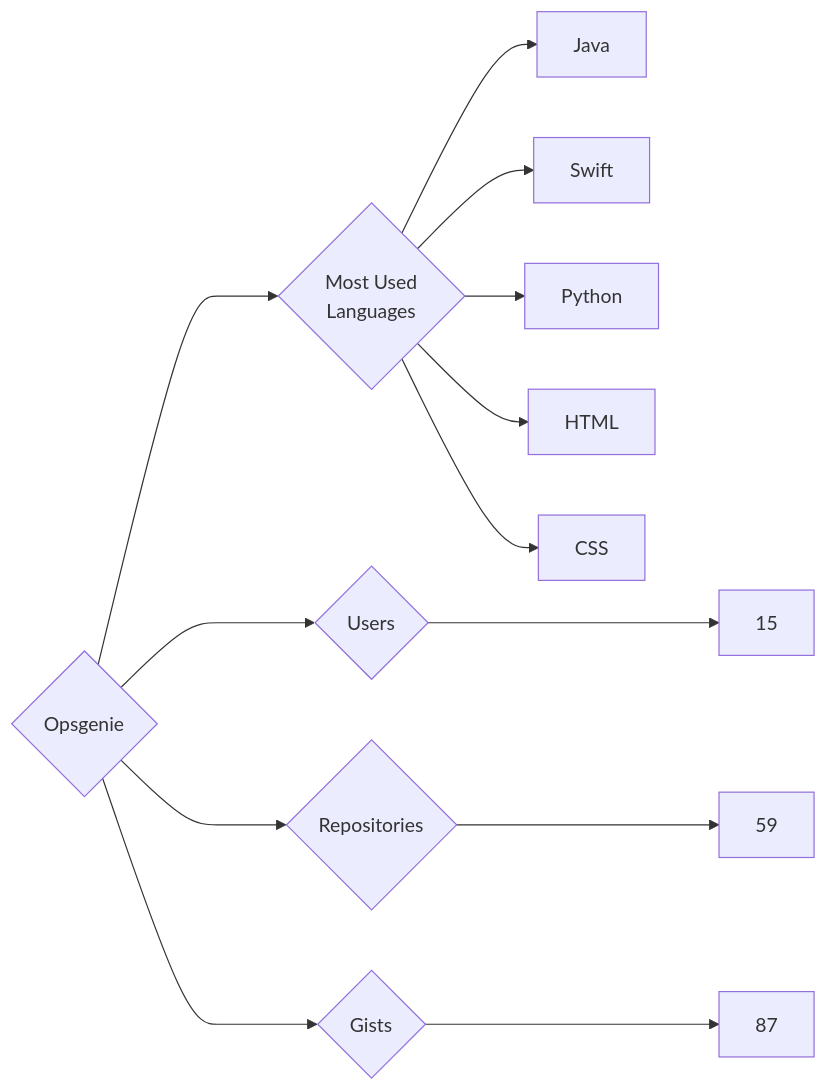
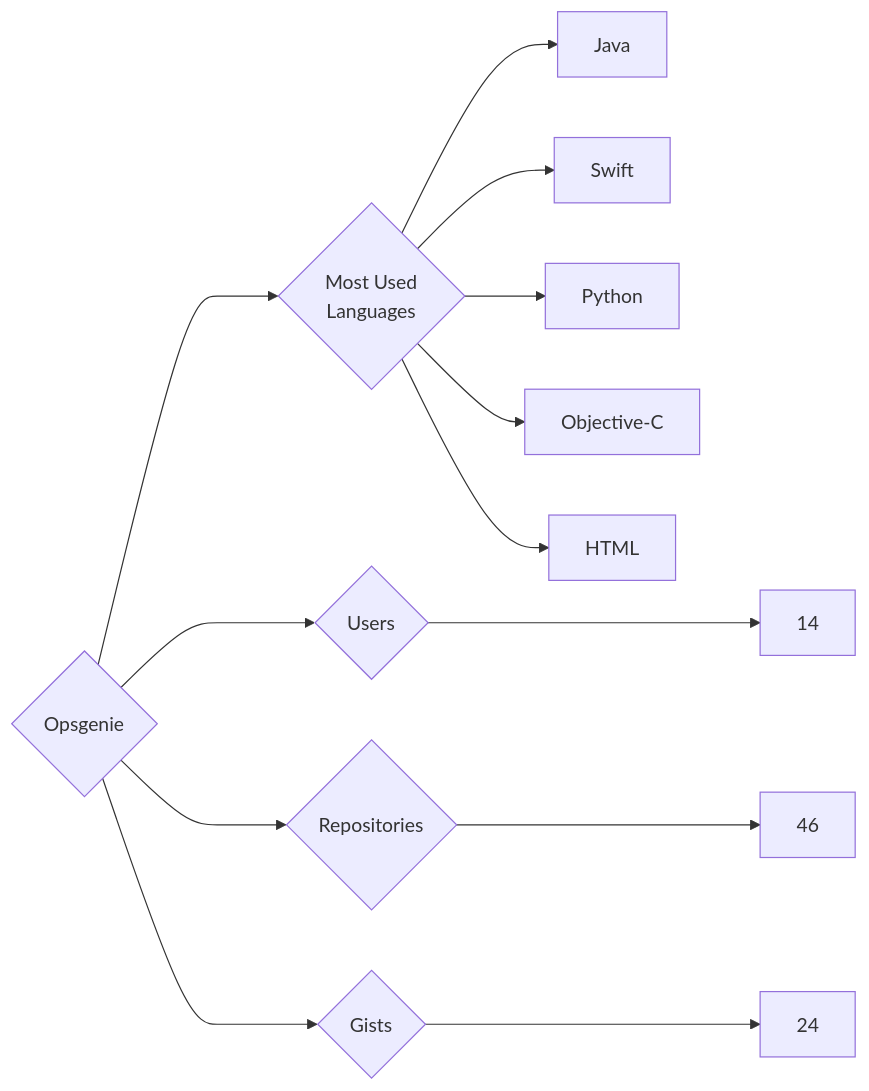
The diagram in targets/Opsgenie/README.md (trickest/insiders), drawn with Mermaid before and after one commit. The commit also changed 1484 other files, not shown here.

````diff
--- a/targets/Opsgenie/README.md
+++ b/targets/Opsgenie/README.md
@@ -3,13 +3,13 @@
 ```mermaid
 graph LR
 COMPANY_NAME{Opsgenie}
-COMPANY_NAME ---> U{Users} ---> UN[15]
-COMPANY_NAME ---> R{Repositories} ---> RN[59]
-COMPANY_NAME ---> G{Gists} ---> GN[87]
+COMPANY_NAME ---> U{Users} ---> UN[14]
+COMPANY_NAME ---> R{Repositories} ---> RN[46]
+COMPANY_NAME ---> G{Gists} ---> GN[24]
 COMPANY_NAME ---> ML{Most Used<br>Languages}
 ML --> Java[Java]
 ML --> Swift[Swift]
 ML --> Python[Python]
+ML --> Objective-C[Objective-C]
 ML --> HTML[HTML]
-ML --> CSS[CSS]
 ```
````
